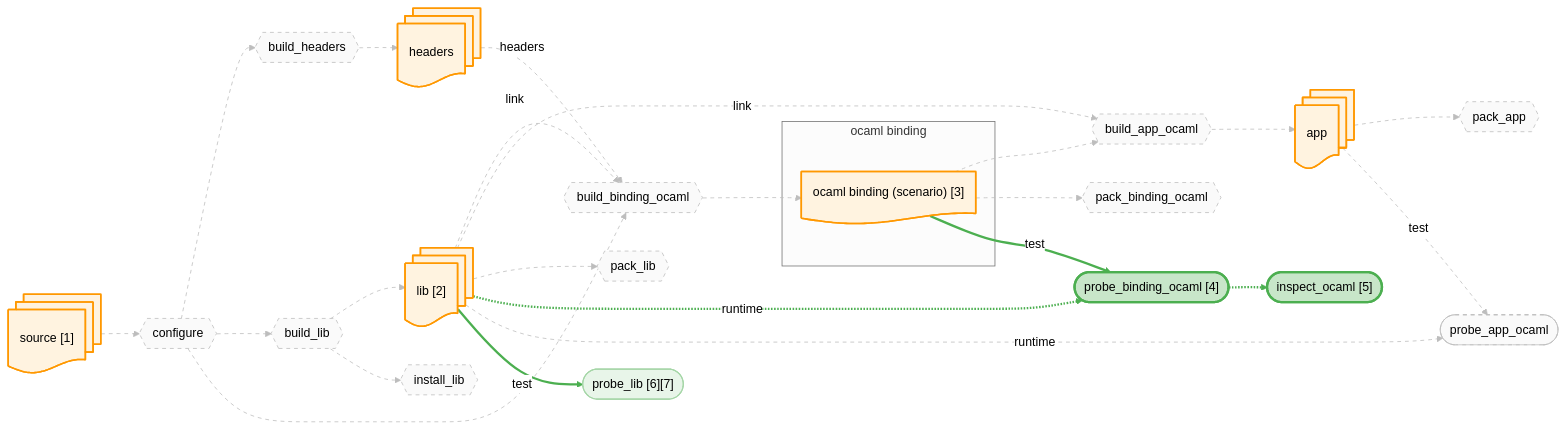
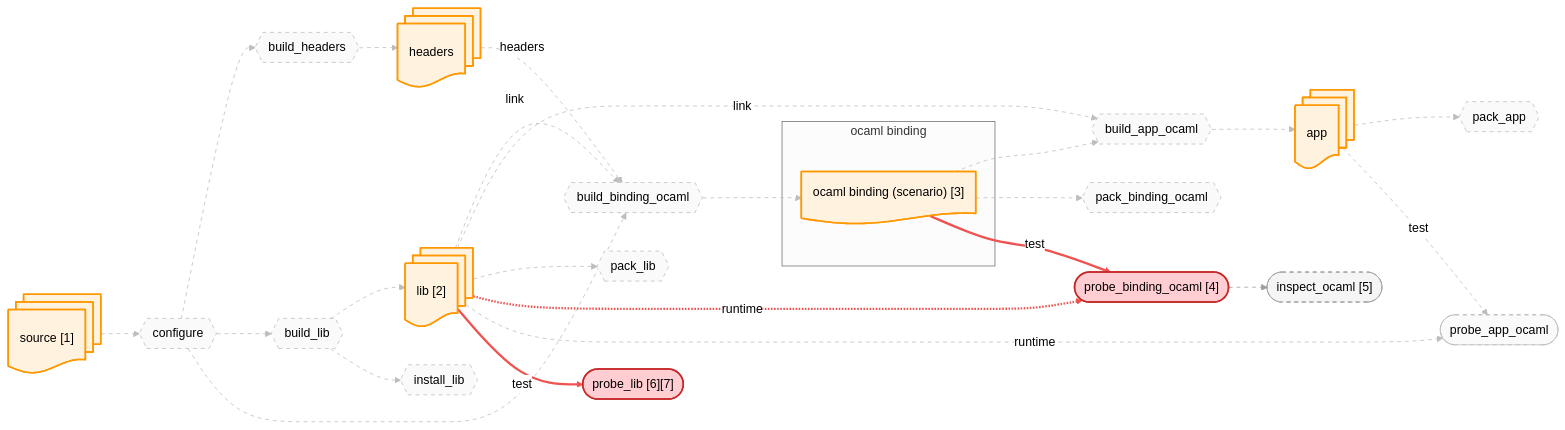
Before and after one commit to JHU-PL-Lab/tola: the diagram in docs/canary/projects/zstd/-run/diagrams/binding_ocaml.mmd, drawn with Mermaid (neutral theme). The commit also changed 64 other files, not shown here.

```diff
--- a/docs/canary/projects/zstd/-run/diagrams/binding_ocaml.mmd
+++ b/docs/canary/projects/zstd/-run/diagrams/binding_ocaml.mmd
@@ -1,91 +1,91 @@
 %% view: binding_ocaml
 graph LR
     source_node@{ shape: docs, label: "source [1]" }
     headers_node@{ shape: docs, label: "headers" }
     lib_node@{ shape: docs, label: "lib [2]" }
     app_node@{ shape: docs, label: "app" }
     subgraph ocaml_binding_sg ["ocaml binding"]
       ocaml_binding_fetch_node@{ shape: doc, label: "ocaml binding (scenario) [3]" }
     end
 
     A_configure{{"configure"}}
     A_build_headers{{"build_headers"}}
     A_build_lib{{"build_lib"}}
     A_build_binding_ocaml{{"build_binding_ocaml"}}
     A_build_app_ocaml{{"build_app_ocaml"}}
     A_install_lib{{"install_lib"}}
     A_pack_binding_ocaml{{"pack_binding_ocaml"}}
     A_pack_lib{{"pack_lib"}}
     A_pack_app{{"pack_app"}}
     A_probe_binding_ocaml(["probe_binding_ocaml [4]"])
     A_probe_app_ocaml(["probe_app_ocaml"])
     A_probe_lib(["probe_lib [6][7]"])
     A_probe_binding_ocaml_inspect(["inspect_ocaml [5]"])
 
     source_node --> A_configure
     A_configure --> A_build_headers
     A_build_headers --> headers_node
     A_configure --> A_build_lib
     A_build_lib --> lib_node
     A_configure --> A_build_binding_ocaml
     headers_node -.->|headers| A_build_binding_ocaml
     lib_node -.->|link| A_build_binding_ocaml
     A_build_binding_ocaml --> ocaml_binding_fetch_node
     ocaml_binding_fetch_node --> A_build_app_ocaml
     lib_node -.->|link| A_build_app_ocaml
     A_build_app_ocaml --> app_node
     A_build_lib --> A_install_lib
     ocaml_binding_fetch_node --> A_pack_binding_ocaml
     lib_node --> A_pack_lib
     app_node --> A_pack_app
     ocaml_binding_fetch_node -->|test| A_probe_binding_ocaml
     lib_node -.->|runtime| A_probe_binding_ocaml
     app_node -->|test| A_probe_app_ocaml
     lib_node -.->|runtime| A_probe_app_ocaml
     lib_node -->|test| A_probe_lib
     A_probe_binding_ocaml -.-> A_probe_binding_ocaml_inspect
 
     classDef artifact fill:#fff3e0,stroke:#ff9800,stroke-width:2px
     classDef action fill:#f3e5f5,stroke:#9c27b0,stroke-width:2px
     classDef st_done fill:#c8e6c9,stroke:#4caf50,stroke-width:3px
     classDef st_done_ctx fill:#e8f5e9,stroke:#a5d6a7,stroke-width:1.5px
     classDef st_expected_fail fill:#fff9c4,stroke:#f9a825,stroke-width:2px
     classDef st_failed fill:#ffcdd2,stroke:#c62828,stroke-width:2px
     classDef st_skipped fill:#f5f5f5,stroke:#9e9e9e,stroke-dasharray:5
     classDef st_nospec fill:#fafafa,stroke:#bdbdbd,stroke-dasharray:5
     class source_node,headers_node,lib_node,app_node,ocaml_binding_fetch_node artifact
     class A_configure st_nospec
     class A_build_headers st_nospec
     class A_build_lib st_nospec
     class A_build_binding_ocaml st_nospec
     class A_build_app_ocaml st_nospec
     class A_install_lib st_nospec
     class A_pack_binding_ocaml st_nospec
     class A_pack_lib st_nospec
     class A_pack_app st_nospec
-    class A_probe_binding_ocaml st_done
+    class A_probe_binding_ocaml st_failed
     class A_probe_app_ocaml st_nospec
-    class A_probe_lib st_done_ctx
-    class A_probe_binding_ocaml_inspect st_done
+    class A_probe_lib st_failed
+    class A_probe_binding_ocaml_inspect st_skipped
     linkStyle 0 stroke:#bdbdbd,stroke-width:1px,stroke-dasharray:5
     linkStyle 1 stroke:#bdbdbd,stroke-width:1px,stroke-dasharray:5
     linkStyle 2 stroke:#bdbdbd,stroke-width:1px,stroke-dasharray:5
     linkStyle 3 stroke:#bdbdbd,stroke-width:1px,stroke-dasharray:5
     linkStyle 4 stroke:#bdbdbd,stroke-width:1px,stroke-dasharray:5
     linkStyle 5 stroke:#bdbdbd,stroke-width:1px,stroke-dasharray:5
     linkStyle 6 stroke:#bdbdbd,stroke-width:1px,stroke-dasharray:5
     linkStyle 7 stroke:#bdbdbd,stroke-width:1px,stroke-dasharray:5
     linkStyle 8 stroke:#bdbdbd,stroke-width:1px,stroke-dasharray:5
     linkStyle 9 stroke:#bdbdbd,stroke-width:1px,stroke-dasharray:5
     linkStyle 10 stroke:#bdbdbd,stroke-width:1px,stroke-dasharray:5
     linkStyle 11 stroke:#bdbdbd,stroke-width:1px,stroke-dasharray:5
     linkStyle 12 stroke:#bdbdbd,stroke-width:1px,stroke-dasharray:5
     linkStyle 13 stroke:#bdbdbd,stroke-width:1px,stroke-dasharray:5
     linkStyle 14 stroke:#bdbdbd,stroke-width:1px,stroke-dasharray:5
     linkStyle 15 stroke:#bdbdbd,stroke-width:1px,stroke-dasharray:5
-    linkStyle 16 stroke:#4caf50,stroke-width:3px
-    linkStyle 17 stroke:#4caf50,stroke-width:3px
+    linkStyle 16 stroke:#ef5350,stroke-width:3px
+    linkStyle 17 stroke:#ef5350,stroke-width:3px
     linkStyle 18 stroke:#bdbdbd,stroke-width:1px,stroke-dasharray:5
     linkStyle 19 stroke:#bdbdbd,stroke-width:1px,stroke-dasharray:5
-    linkStyle 20 stroke:#4caf50,stroke-width:3px
-    linkStyle 21 stroke:#4caf50,stroke-width:3px
+    linkStyle 20 stroke:#ef5350,stroke-width:3px
+    linkStyle 21 stroke:#9e9e9e,stroke-width:1px,stroke-dasharray:5
```
